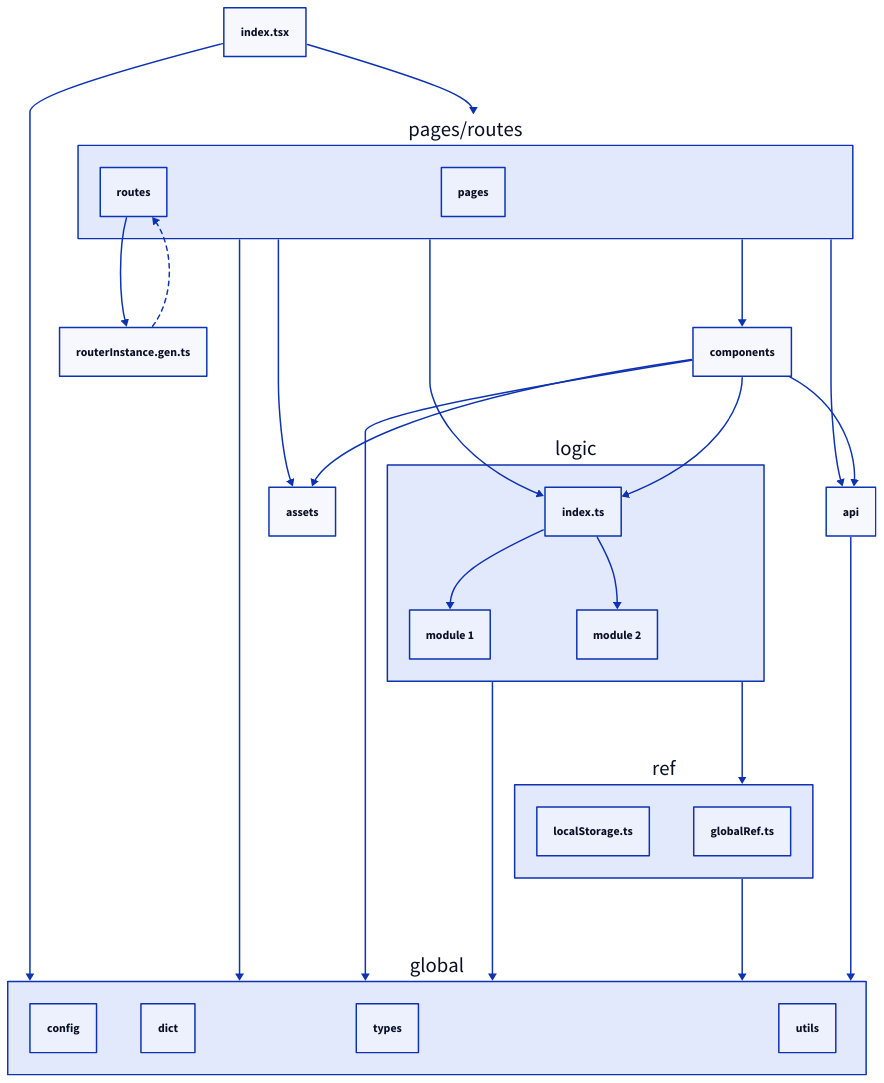
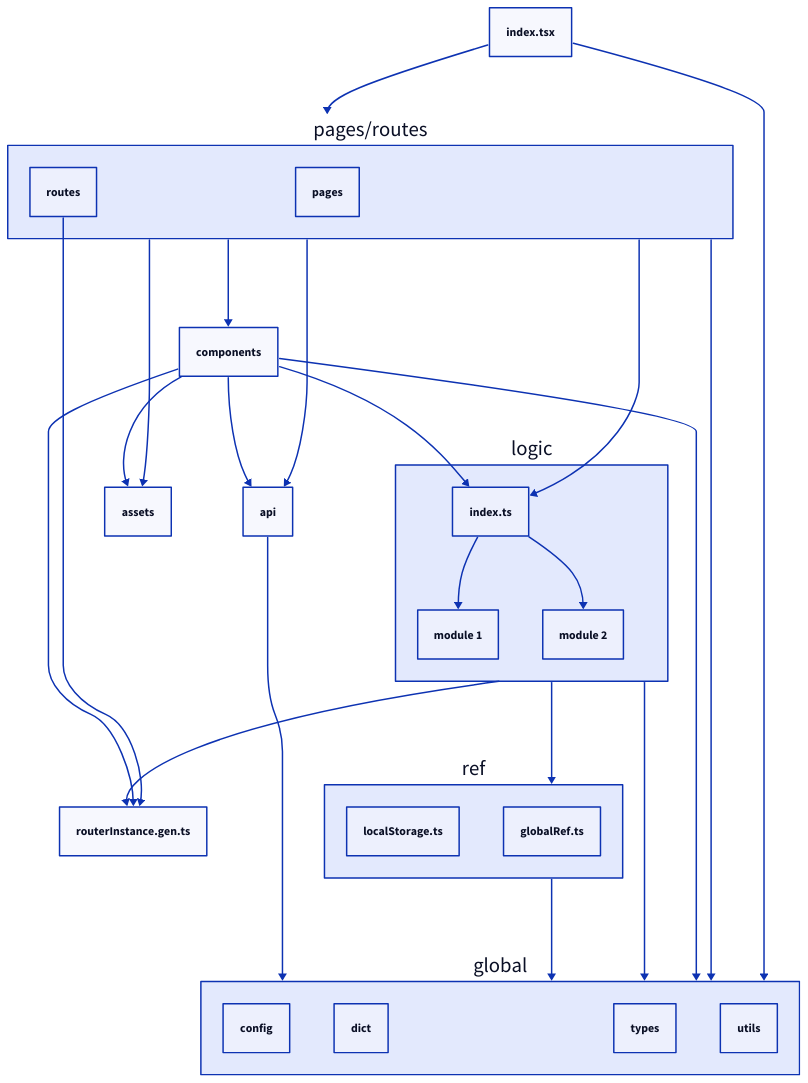
One commit to nicolasventer/React-Project-Template changed the diagram in Client/misc/architecture.d2. Above: the diagram before and after it, drawn with D2. The commit also changed 2 other files, not shown here.

```diff
--- a/Client/misc/architecture.d2
+++ b/Client/misc/architecture.d2
@@ -1,46 +1,48 @@
 "index.tsx" -> "pages/routes"
 "index.tsx" -> "global"
 
 "pages/routes": {
   "routes"
   "pages"
 }
 
 "global": {
   "config"
   "dict"
   "types"
   "utils"
 }
 
 "pages/routes" -> "global"
 "pages/routes" -> "api"
 "pages/routes" -> "components"
 "pages/routes" -> "logic"."index.ts"
 "pages/routes" -> "assets"
 "pages/routes"."routes" -> "routerInstance.gen.ts"
-"routerInstance.gen.ts" -> "pages/routes"."routes": {style: {stroke-dash: 3}}
+# "routerInstance.gen.ts" -> "pages/routes"."routes": {style: {stroke-dash: 3}}
 
 "components" -> "api"
 "components" -> "logic"."index.ts"
 "components" -> "assets"
 "components" -> "global"
+"components" -> "routerInstance.gen.ts"
 
 "logic"."index.ts" -> "logic"."module 1"
 "logic"."index.ts" -> "logic"."module 2"
 
+"logic" -> "routerInstance.gen.ts"
 "logic" -> "global"
 "logic" -> "ref"
 
 "ref": {
   "localStorage.ts"
   "globalRef.ts"
 }
 
 ref -> "global"
 
 "api" -> "global"
 
 # "global"."dict" {
 #   "dict.ts" -> "lang"
 # }
```
